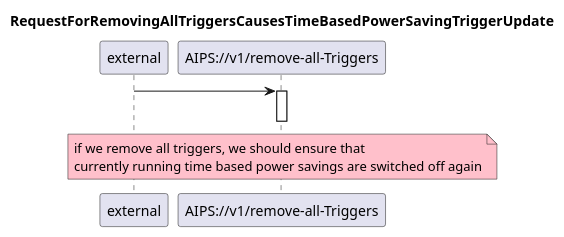
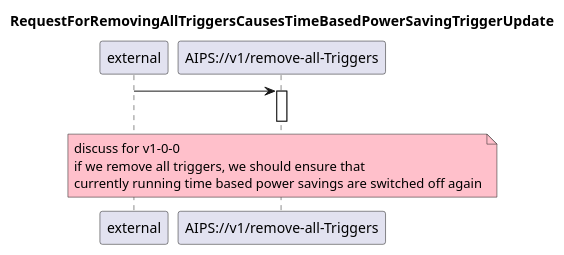
One commit to openBackhaul/AirInterfacePowerSaver changed the diagram in spec/diagrams/02_LinkGroupRelatedAutomation/204_removeAllTriggers.plantuml. Above: the diagram before and after it, drawn with PlantUML. The commit also changed 49 other files, not shown here.

```diff
--- a/spec/diagrams/02_LinkGroupRelatedAutomation/204_removeAllTriggers.plantuml
+++ b/spec/diagrams/02_LinkGroupRelatedAutomation/204_removeAllTriggers.plantuml
@@ -1,22 +1,23 @@
 @startuml 204_removeAllTriggers
 skinparam responseMessageBelowArrow true
 
 title
 RequestForRemovingAllTriggersCausesTimeBasedPowerSavingTriggerUpdate
 end title
 
 participant "external" as requestor
 participant "AIPS://v1/remove-all-Triggers" as removeTrigger
 
 requestor -> removeTrigger
 activate removeTrigger
 
 deactivate removeTrigger
 
 note over removeTrigger #Pink
+  discuss for v1-0-0
   if we remove all triggers, we should ensure that 
   currently running time based power savings are switched off again
 end note
 
 
 @enduml
```
